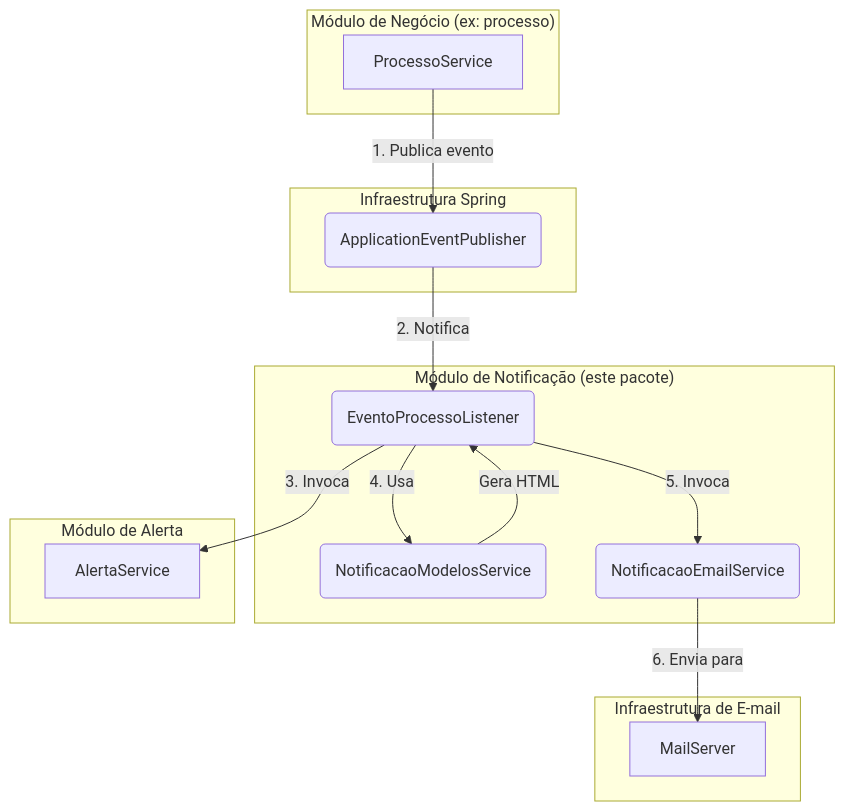
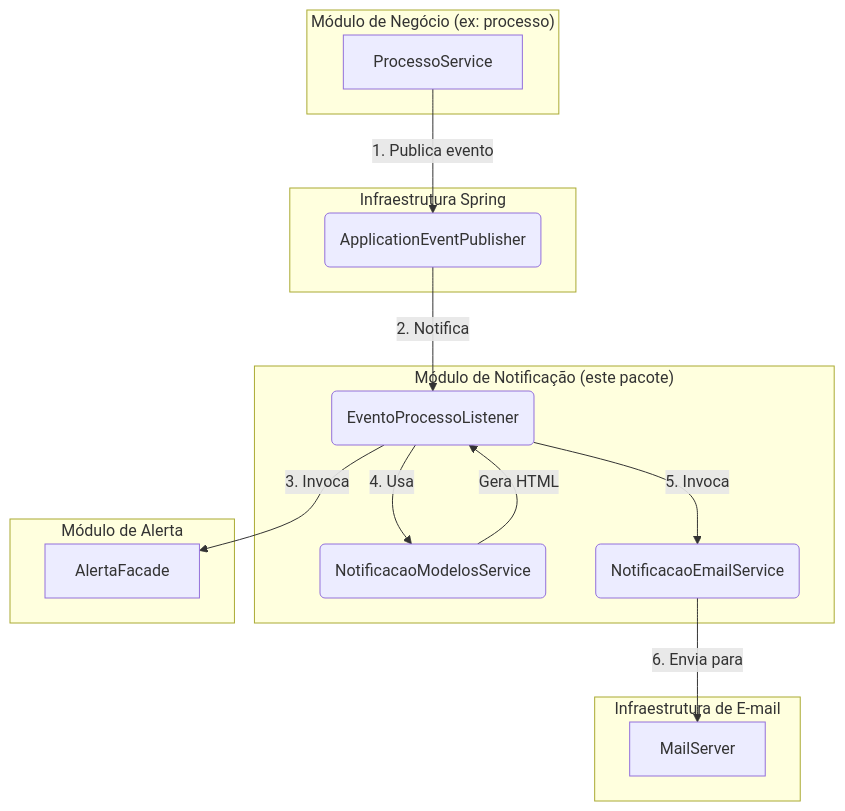
One commit to lgalvao/sgc changed the diagram in backend/src/main/java/sgc/notificacao/README.md. Above: the diagram before and after it, drawn with Mermaid. The commit also changed other lines of this file and 21 other files, not shown here.

First line of the commit message:
Rename AlertaService to AlertaFacade for architectural compliance

````diff
--- a/backend/src/main/java/sgc/notificacao/README.md
+++ b/backend/src/main/java/sgc/notificacao/README.md
@@ -18,32 +18,32 @@
 ```mermaid
 graph TD
     subgraph "Módulo de Negócio (ex: processo)"
         ProcessoService
     end
 
     subgraph "Infraestrutura Spring"
         EventBus(ApplicationEventPublisher)
     end
 
     subgraph "Módulo de Notificação (este pacote)"
         Listener(EventoProcessoListener)
         TemplateService(NotificacaoModelosService)
         EmailService(NotificacaoEmailService)
     end
 
     subgraph "Módulo de Alerta"
-        AlertaService
+        AlertaFacade
     end
 
     subgraph "Infraestrutura de E-mail"
         MailServer
     end
 
     ProcessoService -- 1. Publica evento --> EventBus
     EventBus -- 2. Notifica --> Listener
-    Listener -- 3. Invoca --> AlertaService
+    Listener -- 3. Invoca --> AlertaFacade
     Listener -- 4. Usa --> TemplateService
     Listener -- 5. Invoca --> EmailService
     TemplateService -- Gera HTML --> Listener
     EmailService -- 6. Envia para --> MailServer
 ```
````
